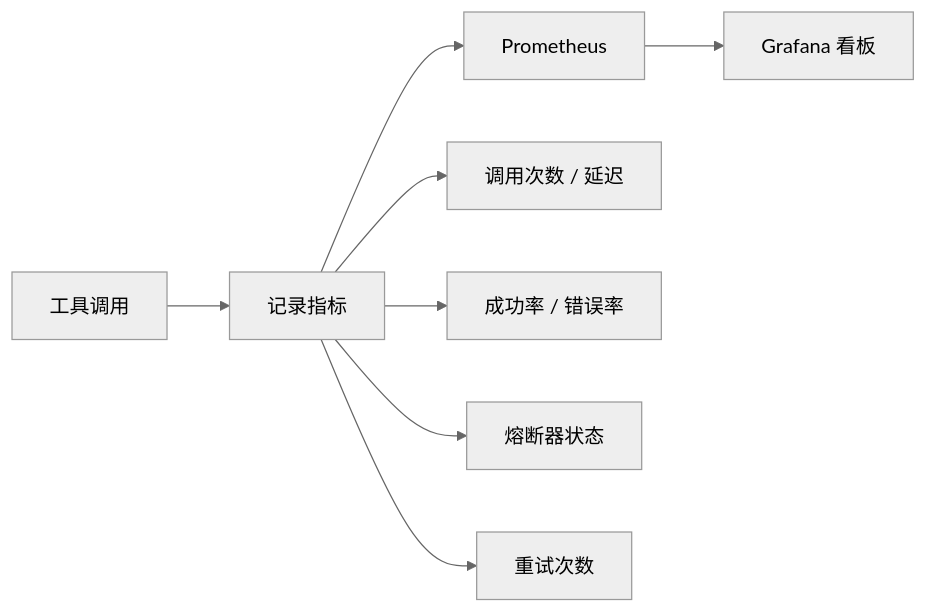
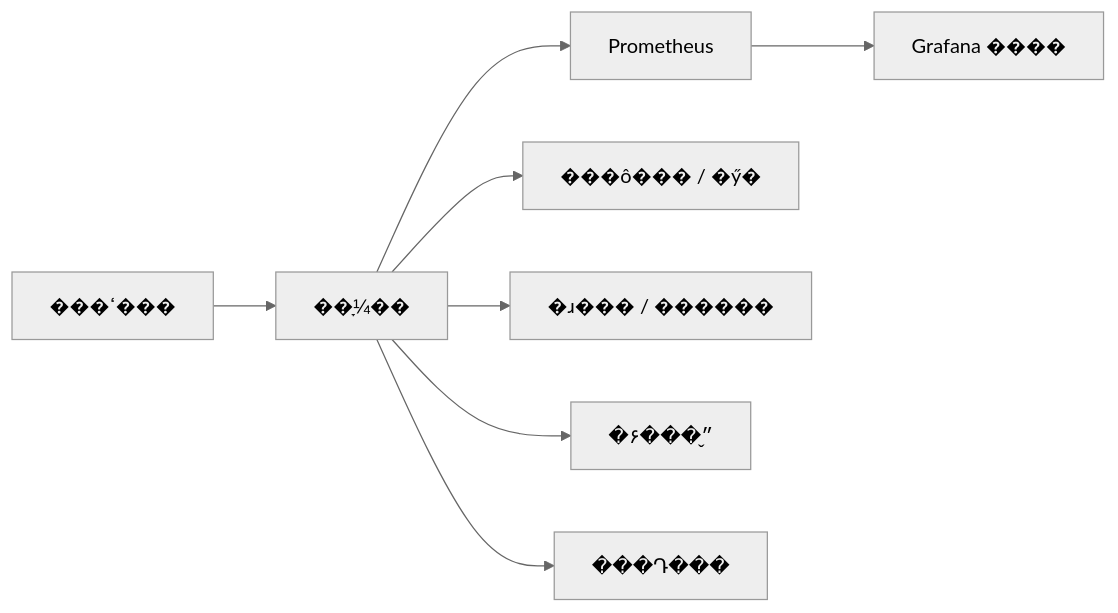
The eighth of 9 diagrams in content/post/ai-interview/Agent工具调用失败如何处理.zh-CN.md (TimeHunter618/hugo-maid-dev), drawn with Mermaid (neutral theme) before and after one commit. The commit also changed other lines of this file and 70 other files, not shown here.

````diff
--- a/content/post/ai-interview/Agent工具调用失败如何处理.zh-CN.md
+++ b/content/post/ai-interview/Agent工具调用失败如何处理.zh-CN.md
@@ -671,11 +671,11 @@
 ```mermaid
 graph LR
-    A[工具调用] --> B[记录指标]
+    A[���ߵ���] --> B[��¼ָ��]
     B --> C[Prometheus]
-    C --> D[Grafana 看板]
+    C --> D[Grafana ����]
 
-    B --> B1[调用次数 / 延迟]
-    B --> B2[成功率 / 错误率]
-    B --> B3[熔断器状态]
-    B --> B4[重试次数]
+    B --> B1[���ô��� / �ӳ�]
+    B --> B2[�ɹ��� / ������]
+    B --> B3[�۶���״̬]
+    B --> B4[���Դ���]
 ```
````
